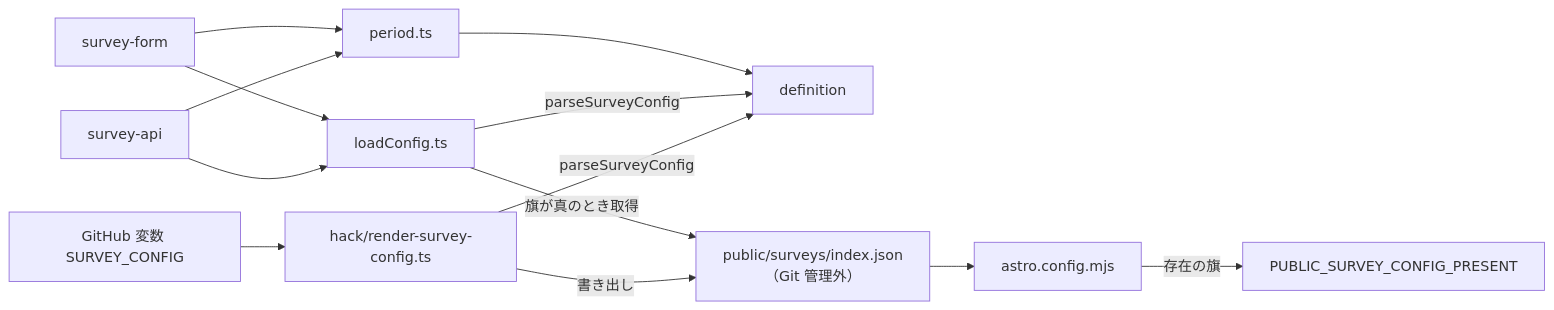
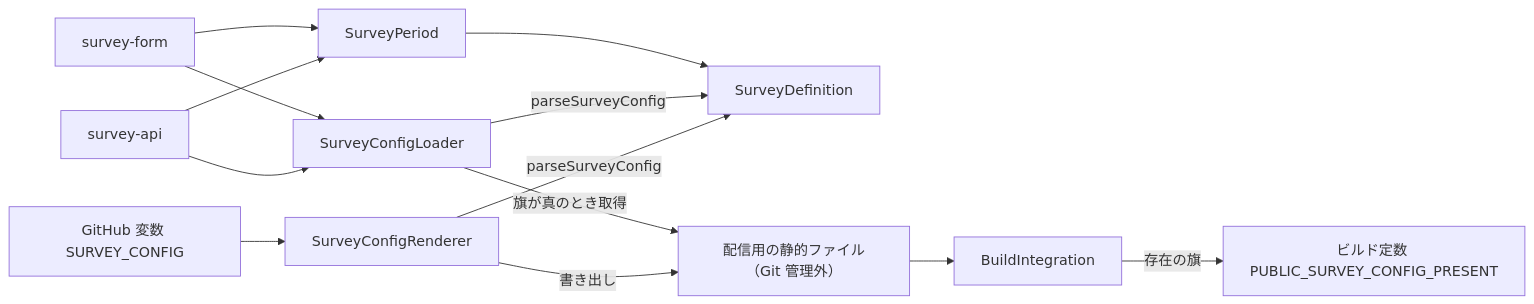
One commit to nekono-dev/skyshare changed the first of 2 diagrams in .kiro/specs/survey-definition/design.md. Above: the diagram before and after it, drawn with Mermaid. The commit also changed other lines of this file and 10 other files, not shown here.

Commit message:
survey 系の roadmap と brief を追加し、survey-definition を cc-sdd のルールで作り直す

````diff
--- a/.kiro/specs/survey-definition/design.md
+++ b/.kiro/specs/survey-definition/design.md
@@ -63,15 +64,15 @@
 ```mermaid
 flowchart LR
-  ext_var["GitHub 変数 SURVEY_CONFIG"] --> render
-  render["hack/render-survey-config.ts"] -->|parseSurveyConfig| definition
-  render -->|書き出し| file["public/surveys/index.json（Git 管理外）"]
-  astroConf["astro.config.mjs"] -->|存在の旗| flag["PUBLIC_SURVEY_CONFIG_PRESENT"]
-  file --> astroConf
-  loader["loadConfig.ts"] -->|旗が真のとき取得| file
-  loader -->|parseSurveyConfig| definition
-  period["period.ts"] --> definition
-  ext_api["survey-api"] --> loader
-  ext_api --> period
-  ext_form["survey-form"] --> loader
-  ext_form --> period
+  ext_var["GitHub 変数 SURVEY_CONFIG"] --> SurveyConfigRenderer
+  SurveyConfigRenderer -->|parseSurveyConfig| SurveyDefinition
+  SurveyConfigRenderer -->|書き出し| ext_file["配信用の静的ファイル（Git 管理外）"]
+  BuildIntegration -->|存在の旗| ext_flag["ビルド定数 PUBLIC_SURVEY_CONFIG_PRESENT"]
+  ext_file --> BuildIntegration
+  SurveyConfigLoader -->|旗が真のとき取得| ext_file
+  SurveyConfigLoader -->|parseSurveyConfig| SurveyDefinition
+  SurveyPeriod --> SurveyDefinition
+  ext_api["survey-api"] --> SurveyConfigLoader
+  ext_api --> SurveyPeriod
+  ext_form["survey-form"] --> SurveyConfigLoader
+  ext_form --> SurveyPeriod
 ```
````
